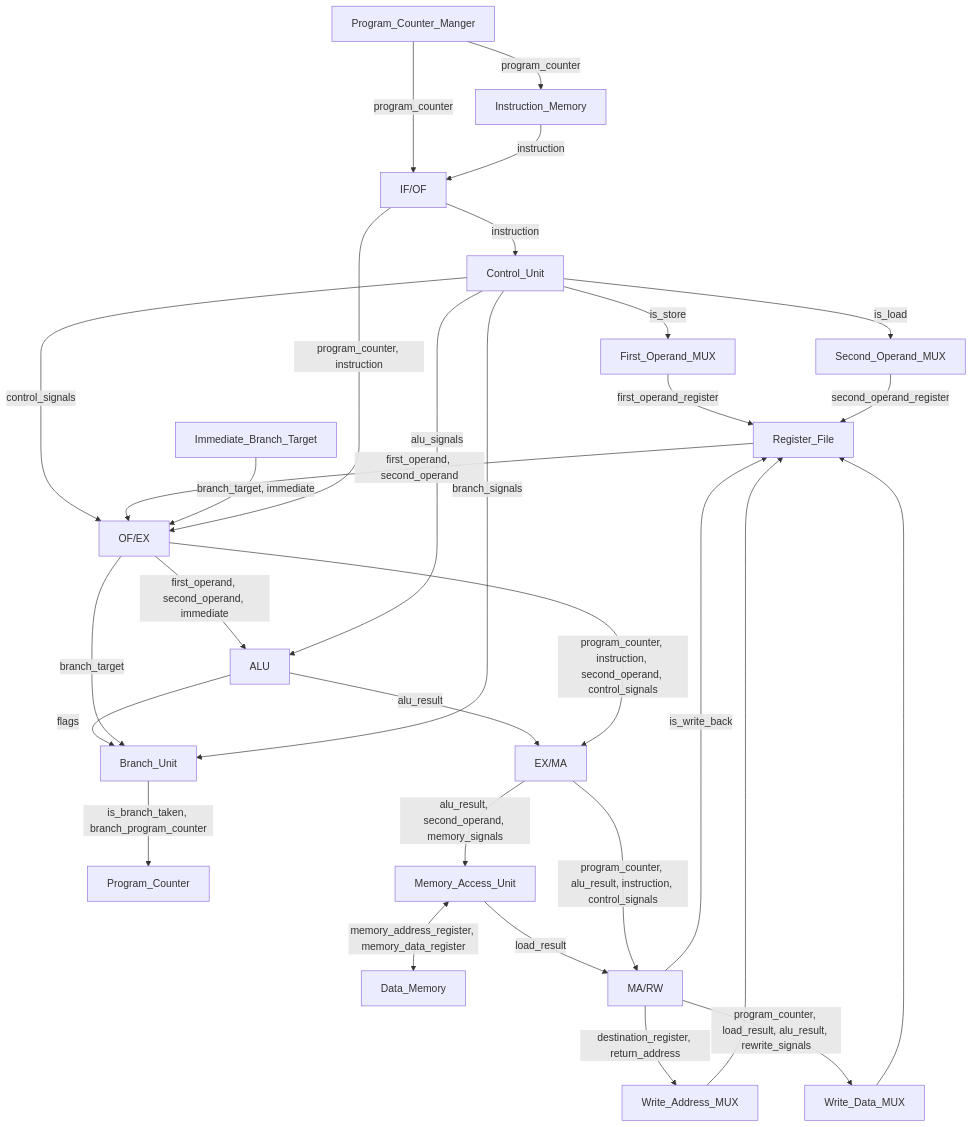
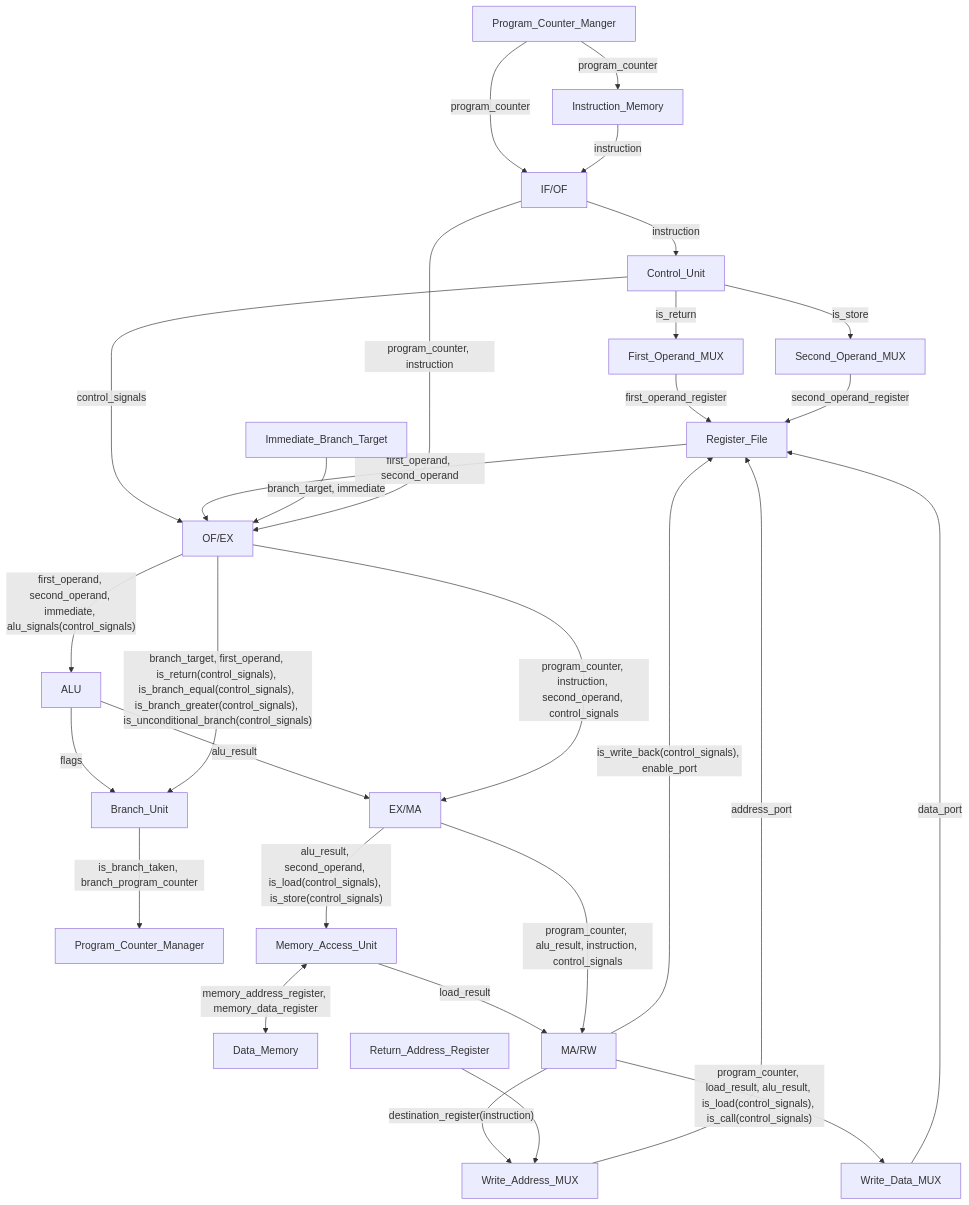
Before and after one commit to brave-art-37/SimpleRISC: the diagram in architecture.md, drawn with Mermaid.

Commit message:
fixed control_signals propogate thru Registers and NOT directly through Control_Unit

````diff
--- a/architecture.md
+++ b/architecture.md
@@ -3,41 +3,40 @@
 ```mermaid
 flowchart TB
     %% IF
-    Program_Counter_Manger --> |program_counter| Instruction_Memory
-    Program_Counter_Manger --> |program_counter| IF/OF
-    Instruction_Memory --> |instruction| IF/OF
+    Program_Counter_Manger --> |"program_counter"| Instruction_Memory
+    Program_Counter_Manger --> |"program_counter"| IF/OF
+    Instruction_Memory --> |"instruction"| IF/OF
 
     %% OF
-    IF/OF --> |instruction| Control_Unit
-    Control_Unit --> |is_store| First_Operand_MUX
-    Control_Unit --> |is_load| Second_Operand_MUX
-    First_Operand_MUX --> |first_operand_register| Register_File
-    Second_Operand_MUX --> |second_operand_register| Register_File
-    Control_Unit --> |control_signals| OF/EX
-    Register_File --> |first_operand, second_operand| OF/EX
-    Immediate_Branch_Target --> |branch_target, immediate| OF/EX
-    IF/OF --> |program_counter, instruction| OF/EX
+    IF/OF --> |"instruction"| Control_Unit
+    Control_Unit --> |"is_return"| First_Operand_MUX
+    Control_Unit --> |"is_store"| Second_Operand_MUX
+    First_Operand_MUX --> |"first_operand_register"| Register_File
+    Second_Operand_MUX --> |"second_operand_register"| Register_File
+    Control_Unit --> |"control_signals"| OF/EX
+    Register_File --> |"first_operand, second_operand"| OF/EX
+    Immediate_Branch_Target --> |"branch_target, immediate"| OF/EX
+    IF/OF --> |"program_counter, instruction"| OF/EX
 
     %% EX
-    OF/EX --> |first_operand, second_operand, immediate| ALU
-    Control_Unit --> |alu_signals| ALU
-    ALU --> |alu_result| EX/MA
-    ALU --> |flags| Branch_Unit
-    OF/EX --> |branch_target| Branch_Unit
-    Control_Unit --> |branch_signals| Branch_Unit
-    Branch_Unit --> |is_branch_taken, branch_program_counter| Program_Counter
-    OF/EX --> |program_counter, instruction, second_operand, control_signals| EX/MA 
+    OF/EX --> |"first_operand, second_operand, immediate, alu_signals(control_signals)"| ALU
+    ALU --> |"alu_result"| EX/MA
+    ALU --> |"flags"| Branch_Unit
+    OF/EX --> |"branch_target, first_operand, is_return(control_signals), is_branch_equal(control_signals), is_branch_greater(control_signals), is_unconditional_branch(control_signals)"| Branch_Unit
+    Branch_Unit --> |"is_branch_taken, branch_program_counter"| Program_Counter_Manager
+    OF/EX --> |"program_counter, instruction, second_operand, control_signals"| EX/MA 
 
     %% MA
-    EX/MA --> |alu_result, second_operand, memory_signals| Memory_Access_Unit
-    Memory_Access_Unit <--> |memory_address_register, memory_data_register| Data_Memory
-    Memory_Access_Unit --> |load_result| MA/RW
-    EX/MA --> |program_counter, alu_result, instruction, control_signals| MA/RW
+    EX/MA --> |"alu_result, second_operand, is_load(control_signals), is_store(control_signals)"| Memory_Access_Unit
+    Memory_Access_Unit <--> |"memory_address_register, memory_data_register"| Data_Memory
+    Memory_Access_Unit --> |"load_result"| MA/RW
+    EX/MA --> |"program_counter, alu_result, instruction, control_signals"| MA/RW
 
     %% RW
-    MA/RW --> |destination_register, return_address| Write_Address_MUX
-    Write_Address_MUX --> Register_File
-    MA/RW --> |program_counter, load_result, alu_result, rewrite_signals| Write_Data_MUX
-    Write_Data_MUX --> Register_File
-    MA/RW --> |is_write_back| Register_File
+    MA/RW --> |"destination_register(instruction)"| Write_Address_MUX
+    Return_Address_Register --> Write_Address_MUX
+    Write_Address_MUX --> |"address_port"| Register_File
+    MA/RW --> |"program_counter, load_result, alu_result, is_load(control_signals), is_call(control_signals)"| Write_Data_MUX
+    Write_Data_MUX --> |"data_port"| Register_File
+    MA/RW --> |"is_write_back(control_signals), enable_port"| Register_File
 ```
````
